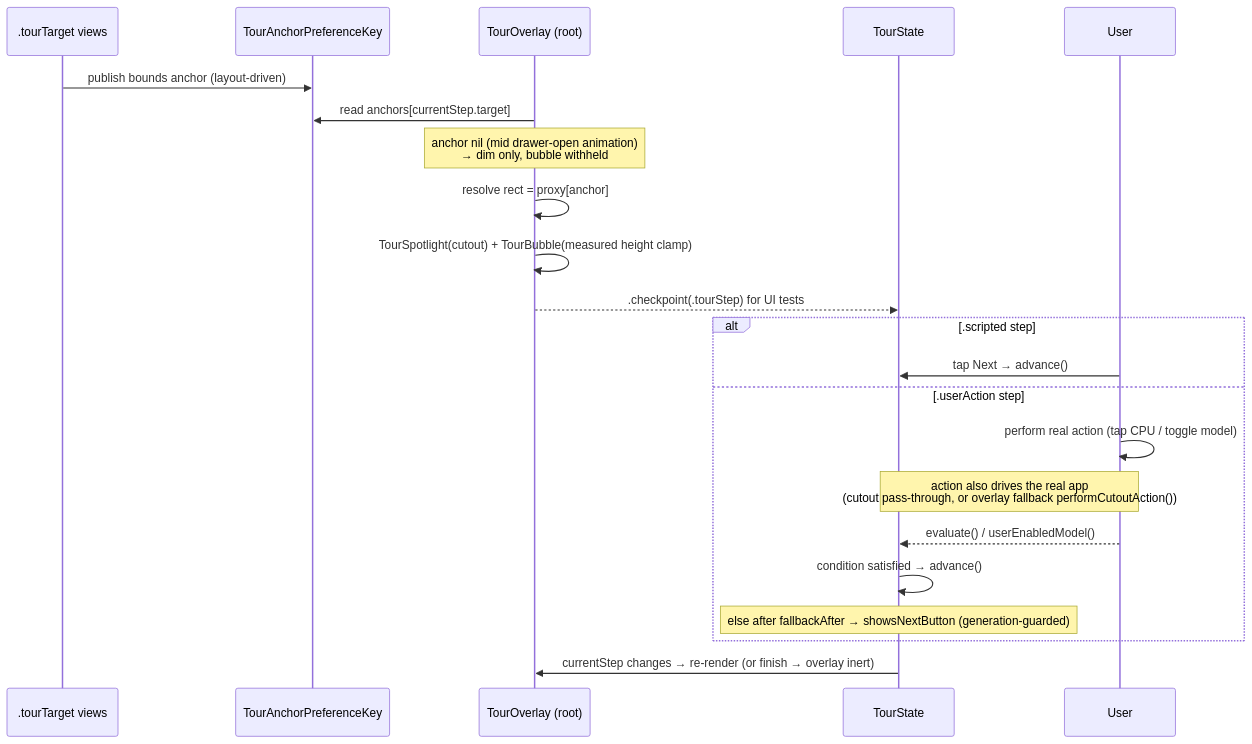
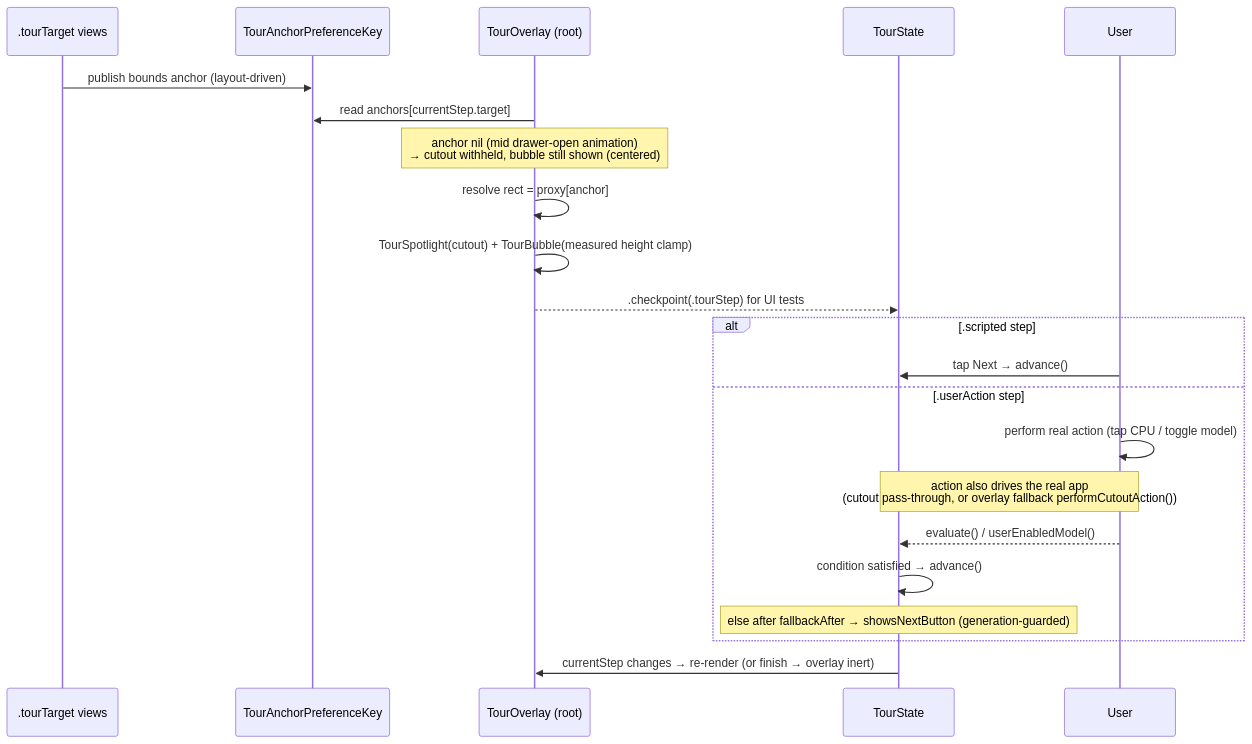
The fourth of 4 diagrams in ios/MLBrowser/iOS/UI/Tour/ARCHITECTURE.md (aiarcheology-com/aiarcheology), drawn with Mermaid before and after one commit. The commit also changed 3 other files, not shown here.

````diff
--- a/ios/MLBrowser/iOS/UI/Tour/ARCHITECTURE.md
+++ b/ios/MLBrowser/iOS/UI/Tour/ARCHITECTURE.md
@@ -108,26 +108,26 @@
 ```mermaid
 sequenceDiagram
     participant Tgt as .tourTarget views
     participant PK as TourAnchorPreferenceKey
     participant OVL as TourOverlay (root)
     participant TS as TourState
     participant U as User
 
     Tgt->>PK: publish bounds anchor (layout-driven)
     OVL->>PK: read anchors[currentStep.target]
-    Note over OVL: anchor nil (mid drawer-open animation)<br/>→ dim only, bubble withheld
+    Note over OVL: anchor nil (mid drawer-open animation)<br/>→ cutout withheld, bubble still shown (centered)
     OVL->>OVL: resolve rect = proxy[anchor]
     OVL->>OVL: TourSpotlight(cutout) + TourBubble(measured height clamp)
     OVL-->>TS: .checkpoint(.tourStep) for UI tests
 
     alt .scripted step
         U->>TS: tap Next → advance()
     else .userAction step
         U->>U: perform real action (tap CPU / toggle model)
         Note over U,TS: action also drives the real app<br/>(cutout pass-through, or overlay fallback performCutoutAction())
         U-->>TS: evaluate() / userEnabledModel()
         TS->>TS: condition satisfied → advance()
         Note over TS: else after fallbackAfter → showsNextButton (generation-guarded)
     end
     TS->>OVL: currentStep changes → re-render (or finish → overlay inert)
 ```
````
